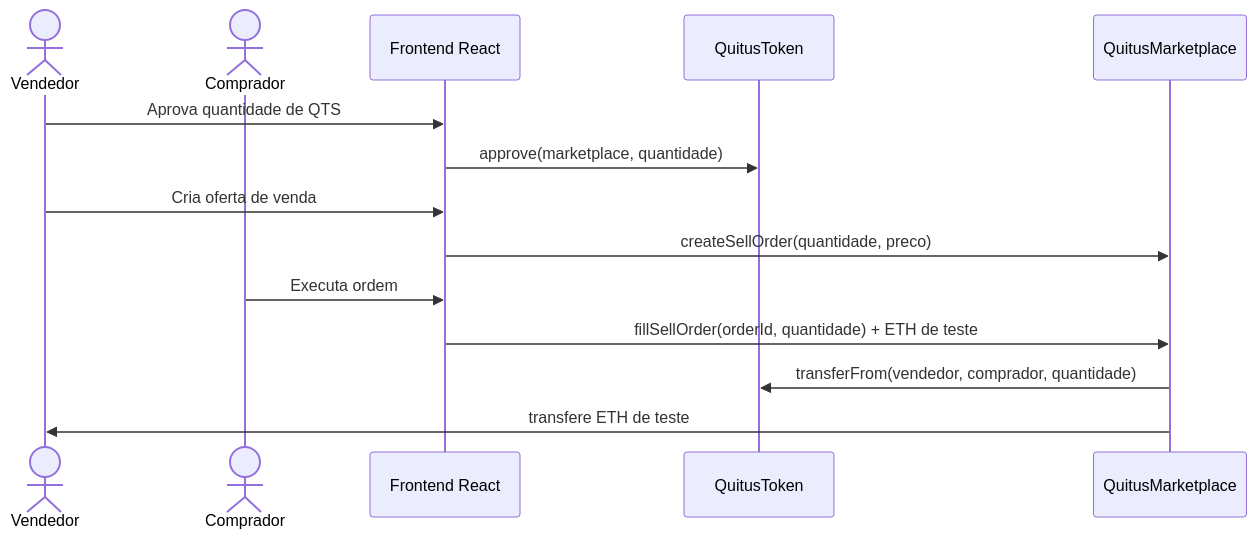
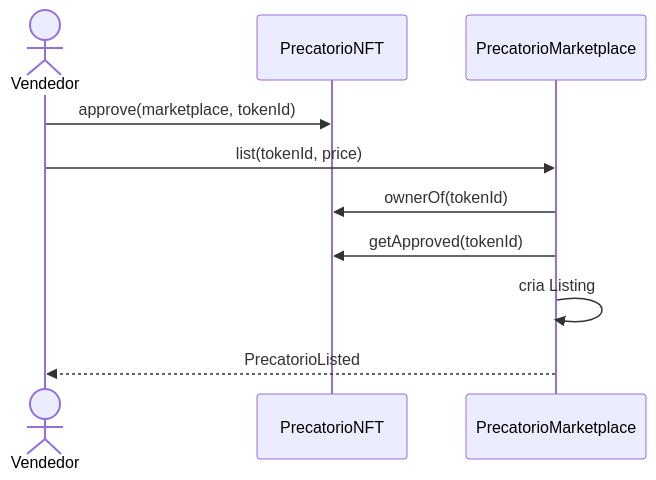
One commit to Victor-droid165/blockchain changed the first of 3 diagrams in Lab4/docs/fluxos/mercado-secundario.md. Above: the diagram before and after it, drawn with Mermaid. The commit also changed other lines of this file and 43 other files, not shown here.

Commit message:
refactor(lab4): refatora para marketplace NFT

````diff
--- a/Lab4/docs/fluxos/mercado-secundario.md
+++ b/Lab4/docs/fluxos/mercado-secundario.md
@@ -9,18 +5,13 @@
 ```mermaid
 sequenceDiagram
     actor Vendedor
-    actor Comprador
-    participant FE as Frontend React
-    participant QTS as QuitusToken
-    participant MKT as QuitusMarketplace
+    participant NFT as PrecatorioNFT
+    participant MKT as PrecatorioMarketplace
 
-    Vendedor->>FE: Aprova quantidade de QTS
-    FE->>QTS: approve(marketplace, quantidade)
-    Vendedor->>FE: Cria oferta de venda
-    FE->>MKT: createSellOrder(quantidade, preco)
-
-    Comprador->>FE: Executa ordem
-    FE->>MKT: fillSellOrder(orderId, quantidade) + ETH de teste
-    MKT->>QTS: transferFrom(vendedor, comprador, quantidade)
-    MKT->>Vendedor: transfere ETH de teste
+    Vendedor->>NFT: approve(marketplace, tokenId)
+    Vendedor->>MKT: list(tokenId, price)
+    MKT->>NFT: ownerOf(tokenId)
+    MKT->>NFT: getApproved(tokenId)
+    MKT->>MKT: cria Listing
+    MKT-->>Vendedor: PrecatorioListed
 ```
````
